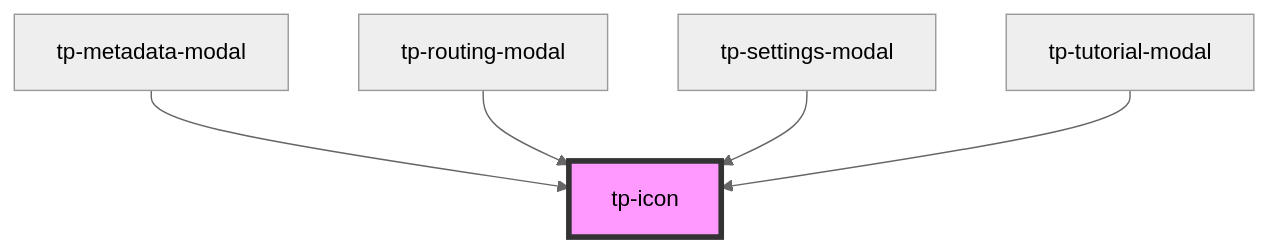
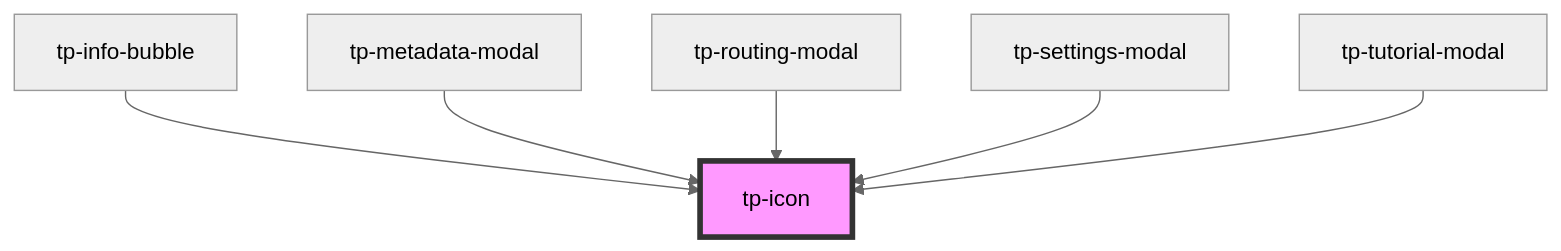
One commit to Jacob-Griffin/TelephonePictionaryStencilVue changed the diagram in packages/byfo-components/src/components/tp-icon/readme.md. Above: the diagram before and after it, drawn with Mermaid (neutral theme). The commit also changed other lines of this file and 9 other files, not shown here.

Commit message:
Create info bubble component

````diff
--- a/packages/byfo-components/src/components/tp-icon/readme.md
+++ b/packages/byfo-components/src/components/tp-icon/readme.md
@@ -25,8 +26,9 @@
 ```mermaid
 graph TD;
+  tp-info-bubble --> tp-icon
   tp-metadata-modal --> tp-icon
   tp-routing-modal --> tp-icon
   tp-settings-modal --> tp-icon
   tp-tutorial-modal --> tp-icon
   style tp-icon fill:#f9f,stroke:#333,stroke-width:4px
 ```
````
